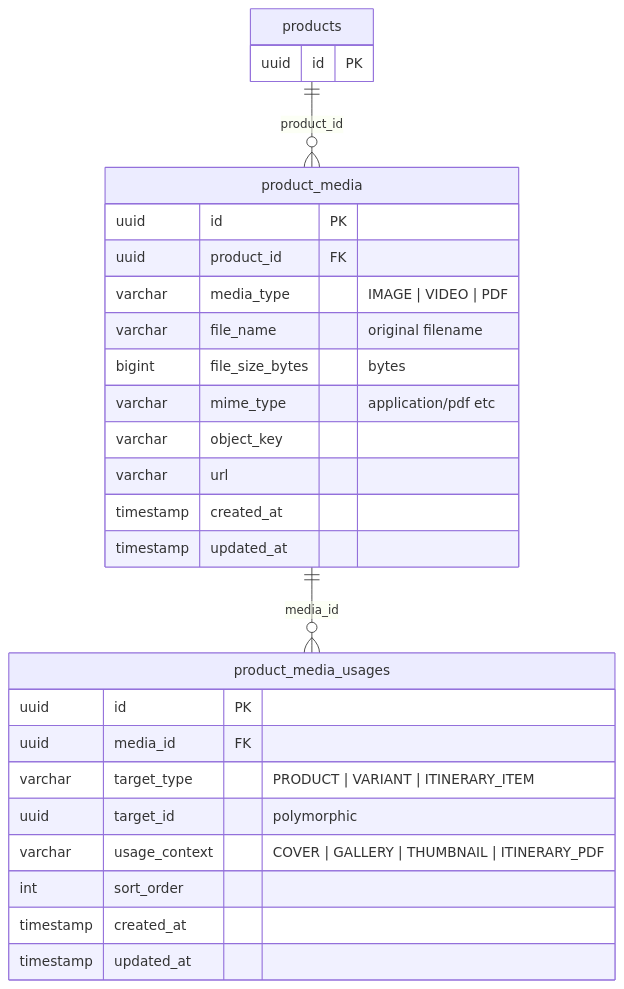
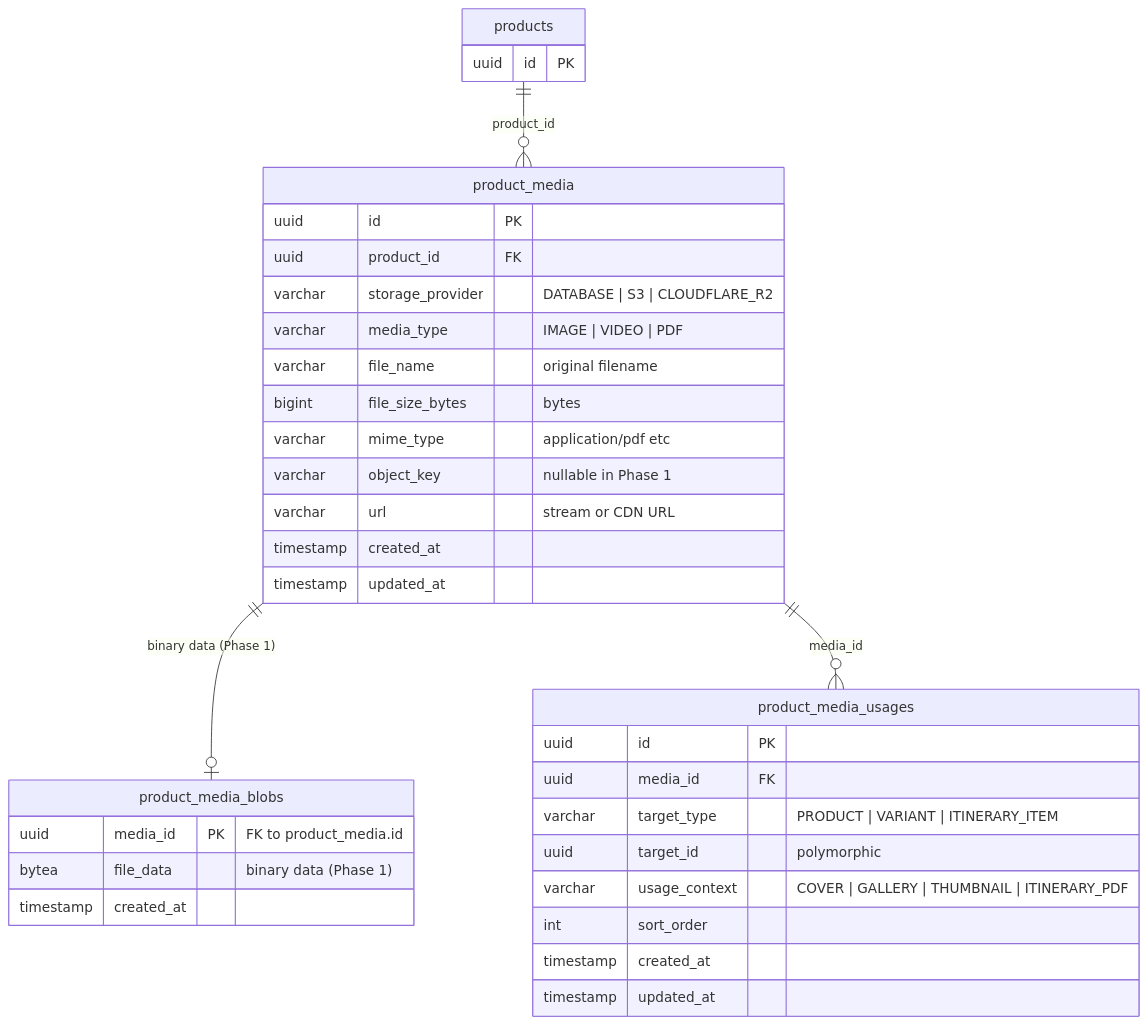
The sixth of 8 diagrams in product-technical-design.md (Haris-saifudin/hobiholidays-documentations), drawn with Mermaid before and after one commit. The commit also changed other lines of this file and 12 other files, not shown here.

Commit message:
docs: add technical design specifications and API contracts for the product media and core domain subsystems

````diff
--- a/product-technical-design.md
+++ b/product-technical-design.md
@@ -606,33 +662,41 @@
 ```mermaid
 erDiagram
     products {
         uuid id PK
     }
 
     product_media {
         uuid      id               PK
         uuid      product_id       FK
+        varchar   storage_provider "DATABASE | S3 | CLOUDFLARE_R2"
         varchar   media_type       "IMAGE | VIDEO | PDF"
         varchar   file_name        "original filename"
         bigint    file_size_bytes  "bytes"
         varchar   mime_type        "application/pdf etc"
-        varchar   object_key
-        varchar   url
+        varchar   object_key       "nullable in Phase 1"
+        varchar   url              "stream or CDN URL"
         timestamp created_at
         timestamp updated_at
+    }
+
+    product_media_blobs {
+        uuid      media_id         PK "FK to product_media.id"
+        bytea     file_data        "binary data (Phase 1)"
+        timestamp created_at
     }
 
     product_media_usages {
         uuid      id            PK
         uuid      media_id      FK
         varchar   target_type   "PRODUCT | VARIANT | ITINERARY_ITEM"
         uuid      target_id     "polymorphic"
         varchar   usage_context "COVER | GALLERY | THUMBNAIL | ITINERARY_PDF"
         int       sort_order
         timestamp created_at
         timestamp updated_at
     }
 
-    products      ||--o{ product_media       : "product_id"
-    product_media ||--o{ product_media_usages: "media_id"
+    products            ||--o{ product_media       : "product_id"
+    product_media       ||--o| product_media_blobs : "binary data (Phase 1)"
+    product_media       ||--o{ product_media_usages: "media_id"
 ```
````
